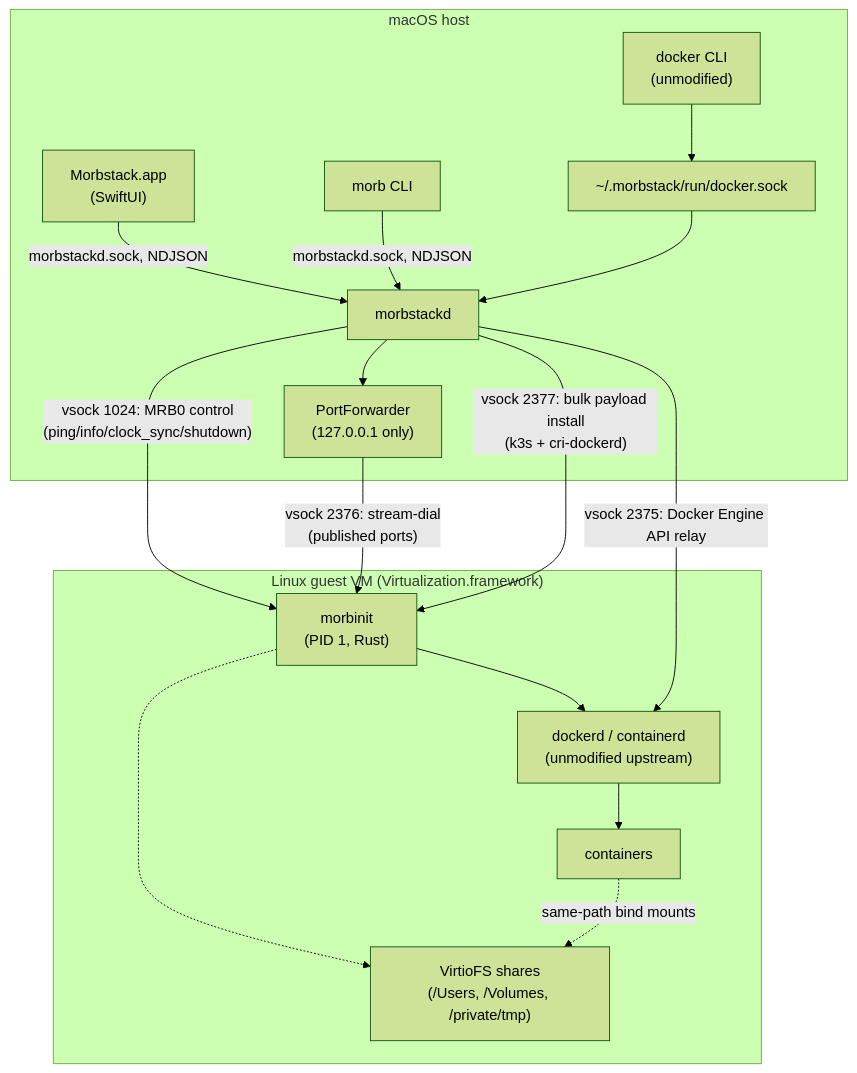
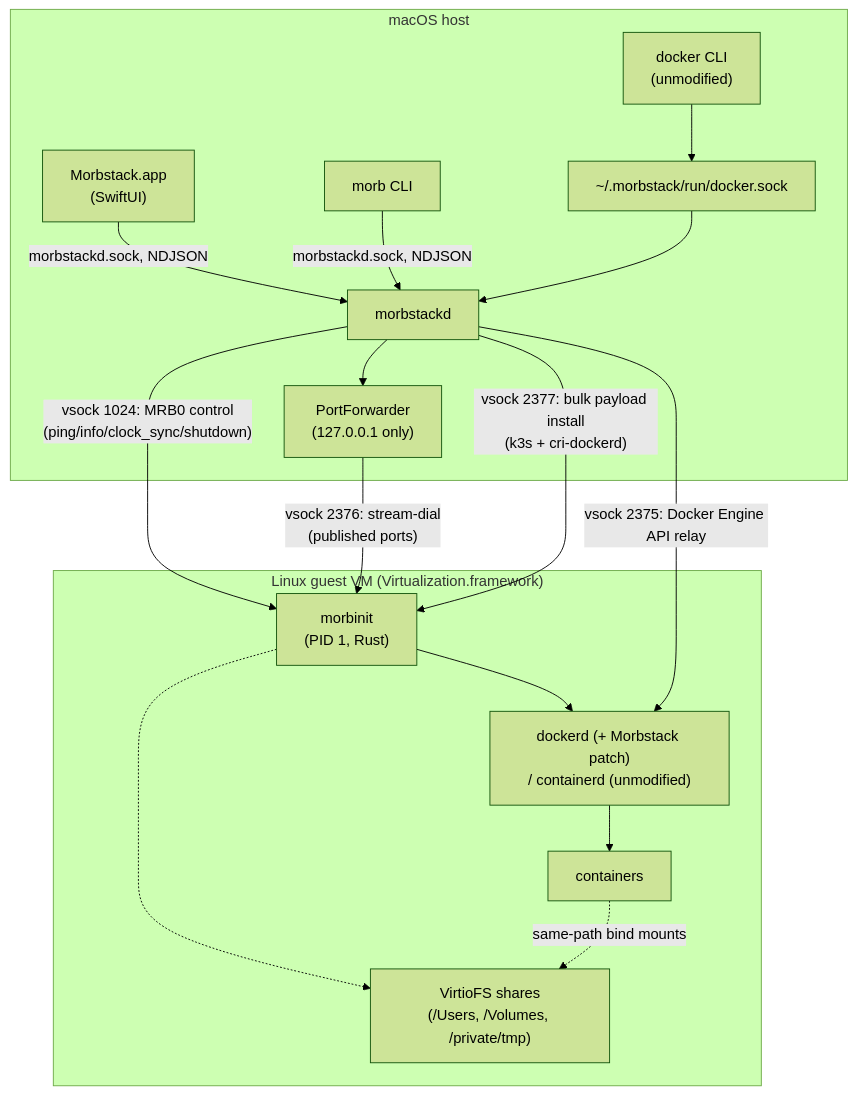
The diagram in README.md (alliecatowo/morbstack), drawn with Mermaid (forest theme) before and after one commit. The commit also changed other lines of this file and 12 other files, not shown here.

````diff
--- a/README.md
+++ b/README.md
@@ -240,34 +245,34 @@
 ```mermaid
 graph TB
     subgraph Mac["macOS host"]
         App["Morbstack.app<br/>(SwiftUI)"]
         CLI["morb CLI"]
         DockerCLI["docker CLI<br/>(unmodified)"]
         Sock["~/.morbstack/run/docker.sock"]
         Daemon["morbstackd"]
         PF["PortForwarder<br/>(127.0.0.1 only)"]
 
         App -- "morbstackd.sock, NDJSON" --> Daemon
         CLI -- "morbstackd.sock, NDJSON" --> Daemon
         DockerCLI --> Sock
         Sock --> Daemon
         Daemon --> PF
     end
 
     subgraph Guest["Linux guest VM (Virtualization.framework)"]
         Init["morbinit<br/>(PID 1, Rust)"]
-        Engine["dockerd / containerd<br/>(unmodified upstream)"]
+        Engine["dockerd (+ Morbstack patch)<br/>/ containerd (unmodified)"]
         Containers["containers"]
         VFS["VirtioFS shares<br/>(/Users, /Volumes, /private/tmp)"]
 
         Init --> Engine
         Engine --> Containers
         Init -.-> VFS
     end
 
     Daemon -- "vsock 1024: MRB0 control<br/>(ping/info/clock_sync/shutdown)" --> Init
     Daemon -- "vsock 2375: Docker Engine API relay" --> Engine
     PF -- "vsock 2376: stream-dial<br/>(published ports)" --> Init
     Daemon -- "vsock 2377: bulk payload install<br/>(k3s + cri-dockerd)" --> Init
     Containers -.->|"same-path bind mounts"| VFS
 ```
````
